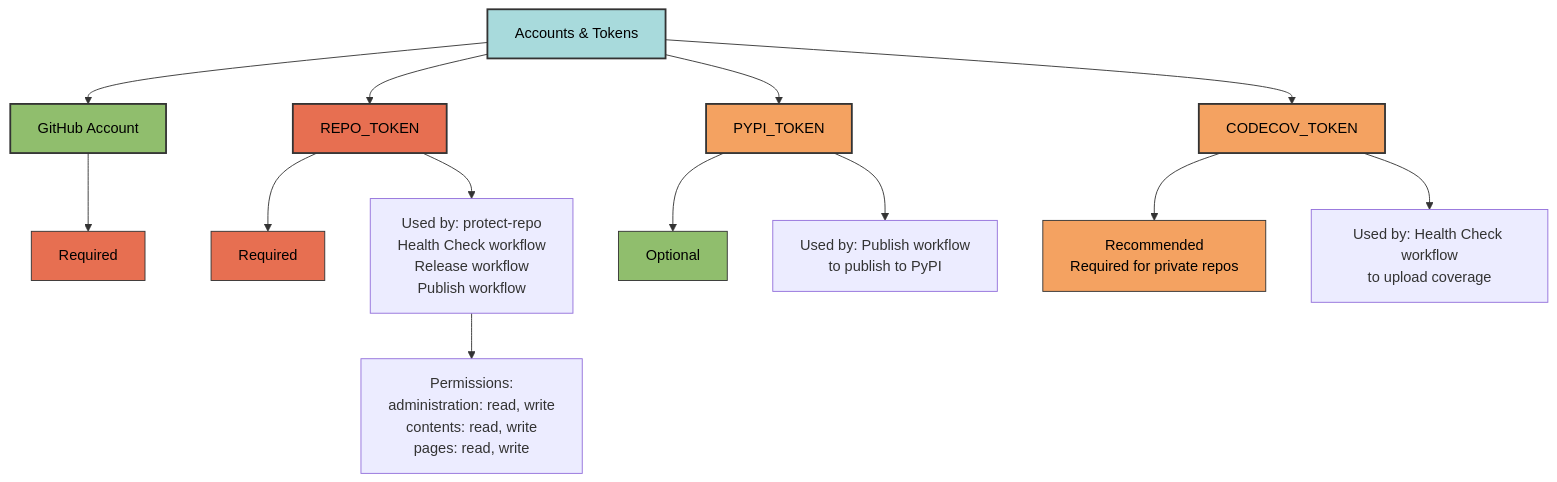
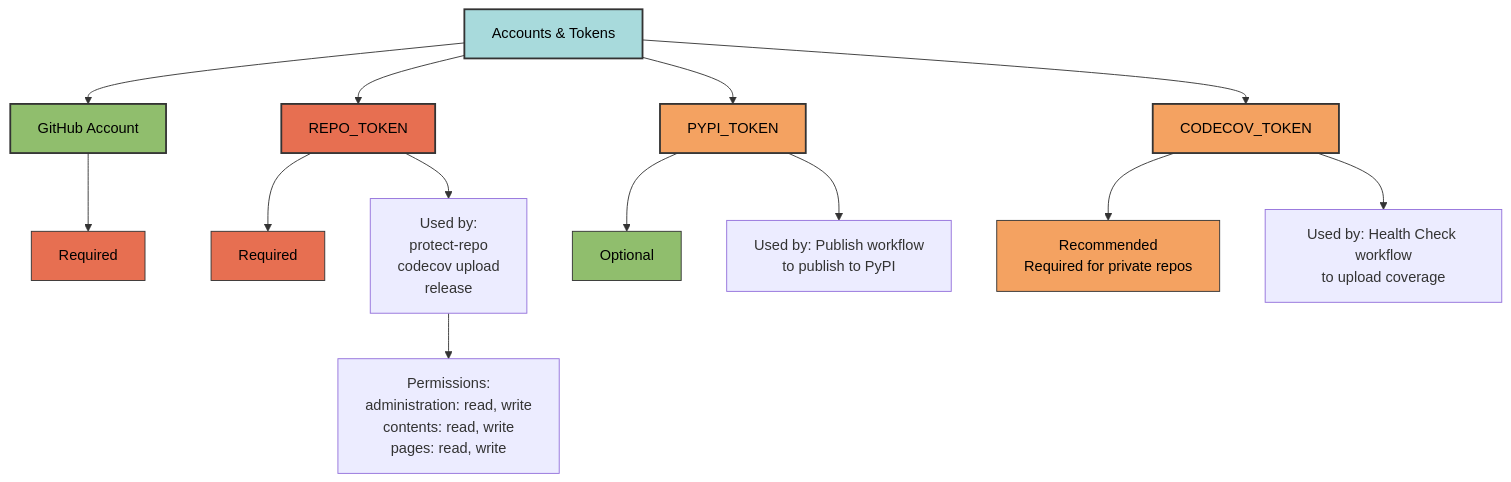
One commit to Winipedia/pyrig changed the diagram in docs/more/getting-started.md. Above: the diagram before and after it, drawn with Mermaid. The commit also changed other lines of this file and 58 other files, not shown here.

````diff
--- a/docs/more/getting-started.md
+++ b/docs/more/getting-started.md
@@ -48,28 +50,35 @@
 ```mermaid
 graph TD
     A[Accounts & Tokens] --> B[GitHub Account]
     A --> C[REPO_TOKEN]
     A --> D[PYPI_TOKEN]
     A --> E[CODECOV_TOKEN]
 
     B --> B1[Required]
     C --> C1[Required]
     D --> D1[Optional]
     E --> E1[Recommended<br/>Required for private repos]
 
-    C --> C2[Used by: protect-repo<br/>Health Check workflow<br/>Release workflow<br/>Publish workflow]
+    C --> C2[Used by: 
+    protect-repo
+    codecov upload
+    release
+    ]
     D --> D2[Used by: Publish workflow<br/>to publish to PyPI]
     E --> E2[Used by: Health Check workflow<br/>to upload coverage]
 
-    C2 --> C3[Permissions:<br/>administration: read, write<br/>contents: read, write<br/>pages: read, write]
+    C2 --> C3[Permissions:
+    administration: read, write
+    contents: read, write
+    pages: read, write]
 
     style A fill:#a8dadc,stroke:#333,stroke-width:2px,color:#000
     style B fill:#90be6d,stroke:#333,stroke-width:2px,color:#000
     style C fill:#e76f51,stroke:#333,stroke-width:2px,color:#000
     style D fill:#f4a261,stroke:#333,stroke-width:2px,color:#000
     style E fill:#f4a261,stroke:#333,stroke-width:2px,color:#000
     style B1 fill:#e76f51,stroke:#333,stroke-width:1px,color:#000
     style C1 fill:#e76f51,stroke:#333,stroke-width:1px,color:#000
     style D1 fill:#90be6d,stroke:#333,stroke-width:1px,color:#000
     style E1 fill:#f4a261,stroke:#333,stroke-width:1px,color:#000
 ```
````
